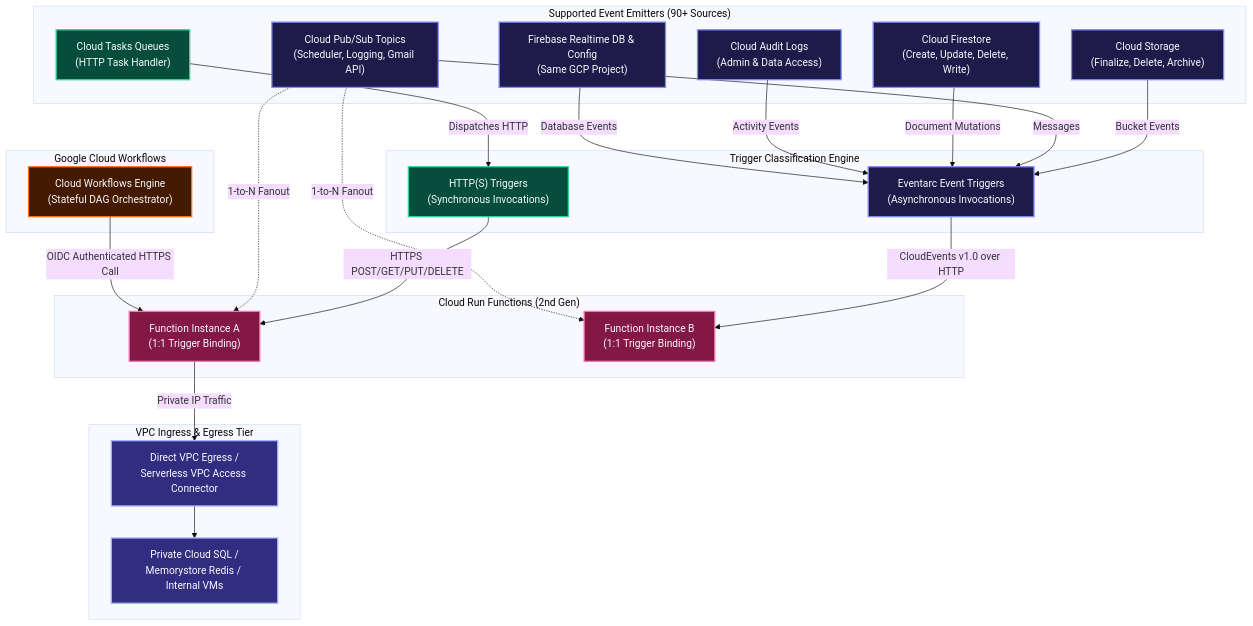
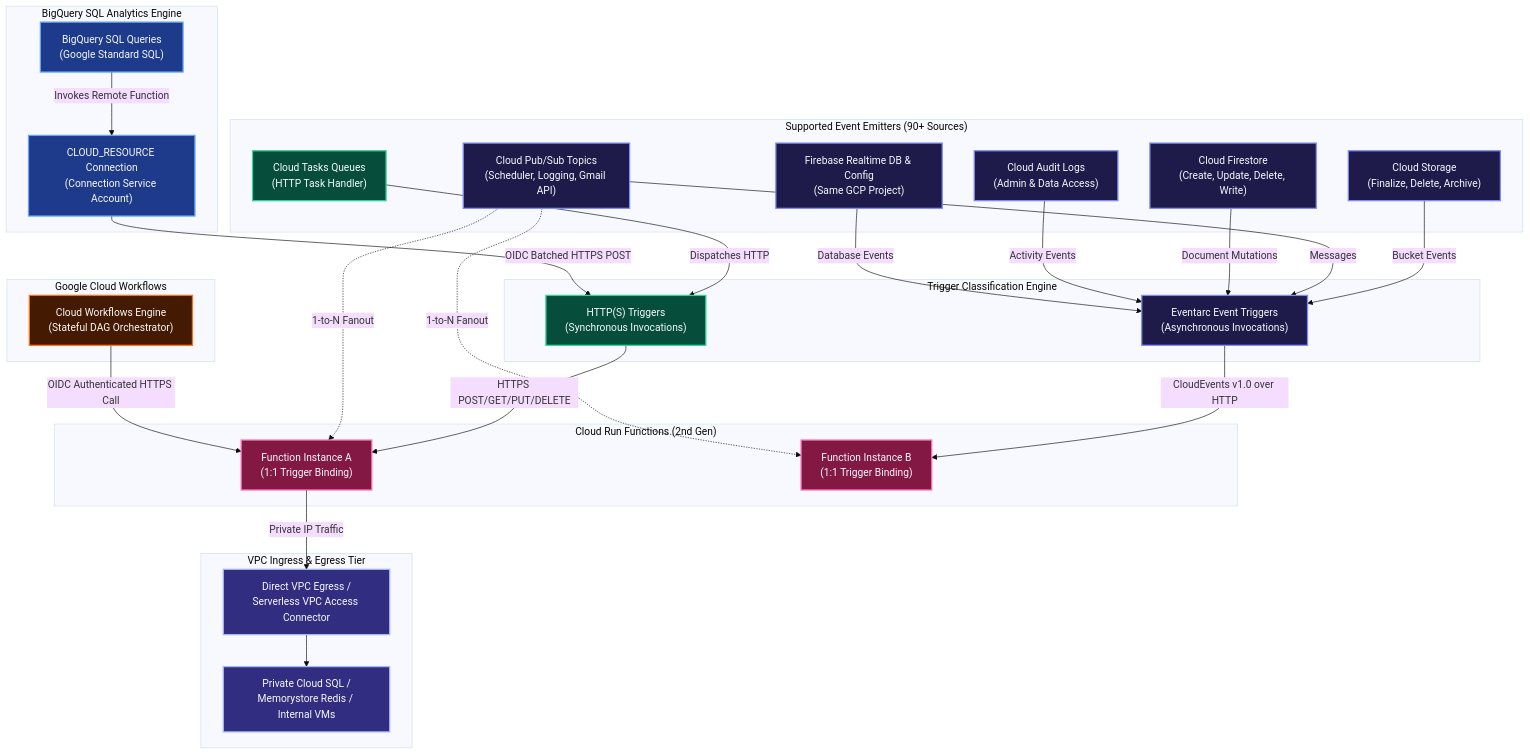
One commit to Chief-Strategist-J/gcd changed the first of 5 diagrams in cloud-run-functions/triggers-vpc-workflows.md. Above: the diagram before and after it, drawn with Mermaid (base theme). The commit also changed other lines of this file and 3 other files, not shown here.

Commit message:
docs(cloud-run-functions): add BigQuery Remote Functions architecture, CLI workflows, and official references

````diff
--- a/cloud-run-functions/triggers-vpc-workflows.md
+++ b/cloud-run-functions/triggers-vpc-workflows.md
@@ -11,54 +11,63 @@
 ```mermaid
 graph TD
     classDef http fill:#064E3B,stroke:#34D399,stroke-width:2px,color:#F8FAFC;
     classDef eventarc fill:#1E1B4B,stroke:#818CF8,stroke-width:2px,color:#F8FAFC;
     classDef vpc fill:#312E81,stroke:#A5B4FC,stroke-width:2px,color:#F8FAFC;
     classDef fn fill:#831843,stroke:#F472B6,stroke-width:2px,color:#F8FAFC;
     classDef wf fill:#451A03,stroke:#F97316,stroke-width:2px,color:#F8FAFC;
+    classDef bq fill:#1E3A8A,stroke:#60A5FA,stroke-width:2px,color:#F8FAFC;
 
     subgraph TriggerCategories ["Trigger Classification Engine"]
         HTTPTrigger["HTTP(S) Triggers<br/>(Synchronous Invocations)"]:::http
         EventTrigger["Eventarc Event Triggers<br/>(Asynchronous Invocations)"]:::eventarc
     end
 
     subgraph EventSources ["Supported Event Emitters (90+ Sources)"]
         GCS["Cloud Storage<br/>(Finalize, Delete, Archive)"]:::eventarc
         PubSub["Cloud Pub/Sub Topics<br/>(Scheduler, Logging, Gmail API)"]:::eventarc
         Firestore["Cloud Firestore<br/>(Create, Update, Delete, Write)"]:::eventarc
         CloudTasks["Cloud Tasks Queues<br/>(HTTP Task Handler)"]:::http
         AuditLogs["Cloud Audit Logs<br/>(Admin & Data Access)"]:::eventarc
         Firebase["Firebase Realtime DB & Config<br/>(Same GCP Project)"]:::eventarc
+    end
+
+    subgraph AnalyticsTier ["BigQuery SQL Analytics Engine"]
+        BigQuerySQL["BigQuery SQL Queries<br/>(Google Standard SQL)"]:::bq
+        BQConnection["CLOUD_RESOURCE Connection<br/>(Connection Service Account)"]:::bq
     end
 
     subgraph CoreEngine ["Cloud Run Functions (2nd Gen)"]
         CRFFn1["Function Instance A<br/>(1:1 Trigger Binding)"]:::fn
         CRFFn2["Function Instance B<br/>(1:1 Trigger Binding)"]:::fn
     end
 
     subgraph NetworkingTier ["VPC Ingress & Egress Tier"]
         VPCEgress["Direct VPC Egress /<br/>Serverless VPC Access Connector"]:::vpc
         PrivateDB["Private Cloud SQL /<br/>Memorystore Redis / Internal VMs"]:::vpc
     end
 
     subgraph OrchestrationTier ["Google Cloud Workflows"]
         Workflows["Cloud Workflows Engine<br/>(Stateful DAG Orchestrator)"]:::wf
     end
 
     HTTPTrigger -->|HTTPS POST/GET/PUT/DELETE| CRFFn1
     EventTrigger -->|CloudEvents v1.0 over HTTP| CRFFn2
 
     GCS -->|Bucket Events| EventTrigger
     PubSub -->|Messages| EventTrigger
     Firestore -->|Document Mutations| EventTrigger
     AuditLogs -->|Activity Events| EventTrigger
     Firebase -->|Database Events| EventTrigger
     CloudTasks -->|Dispatches HTTP| HTTPTrigger
 
+    BigQuerySQL -->|Invokes Remote Function| BQConnection
+    BQConnection -->|OIDC Batched HTTPS POST| HTTPTrigger
+
     PubSub -.->|1-to-N Fanout| CRFFn1
     PubSub -.->|1-to-N Fanout| CRFFn2
 
     CRFFn1 -->|Private IP Traffic| VPCEgress
     VPCEgress --> PrivateDB
 
     Workflows -->|OIDC Authenticated HTTPS Call| CRFFn1
 ```
````
